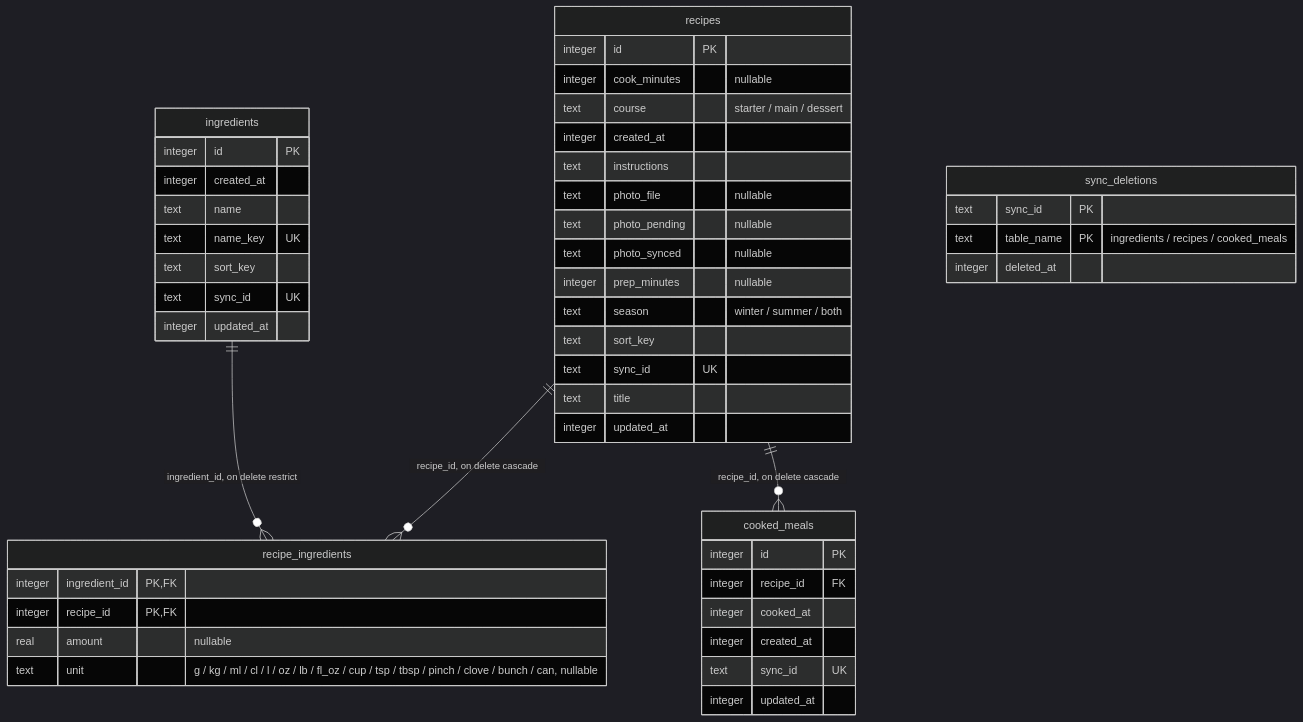
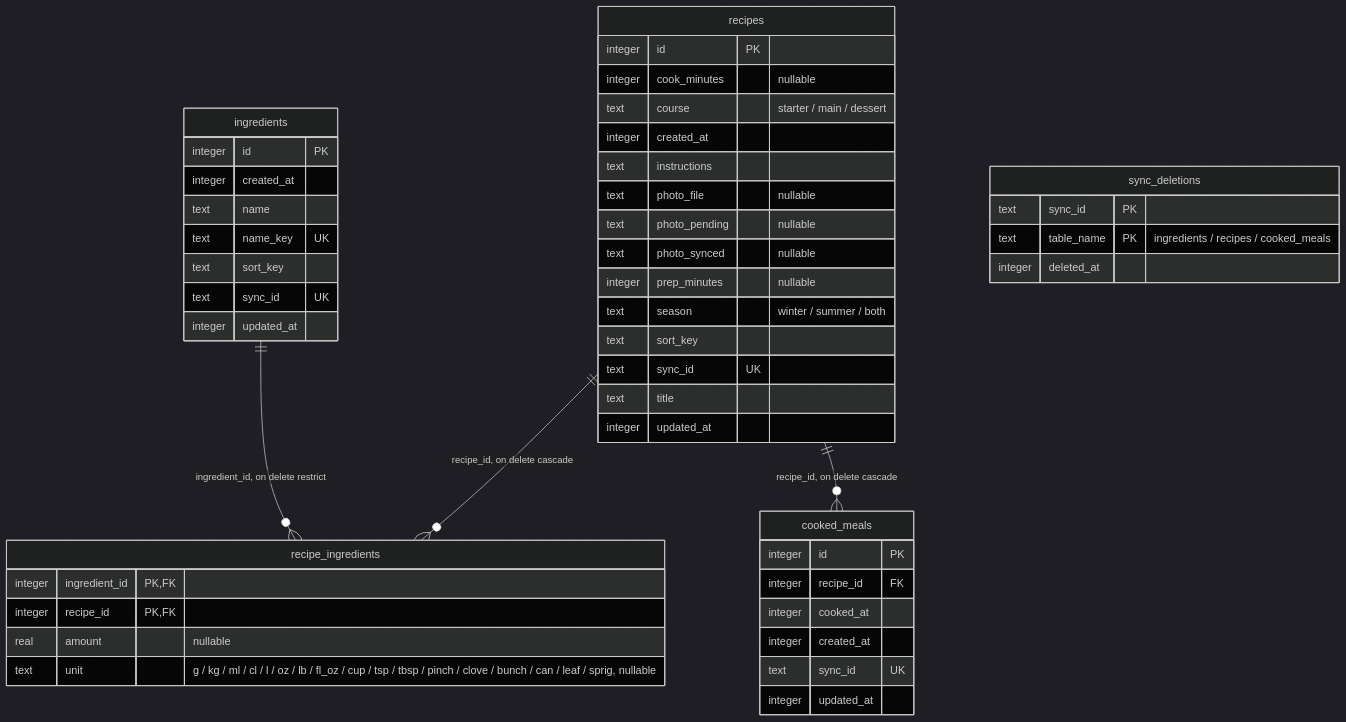
Before and after one commit to someoneinthe/dishes-cook: the diagram in docs/database.md, drawn with Mermaid (dark theme). The commit also changed other lines of this file and 7 other files, not shown here.

````diff
--- a/docs/database.md
+++ b/docs/database.md
@@ -10,50 +10,50 @@
 ```mermaid
 erDiagram
   cooked_meals {
     integer id PK
     integer recipe_id FK
     integer cooked_at
     integer created_at
     text sync_id UK
     integer updated_at
   }
   ingredients {
     integer id PK
     integer created_at
     text name
     text name_key UK
     text sort_key
     text sync_id UK
     integer updated_at
   }
   recipe_ingredients {
     integer ingredient_id PK, FK
     integer recipe_id PK, FK
     real amount "nullable"
-    text unit "g / kg / ml / cl / l / oz / lb / fl_oz / cup / tsp / tbsp / pinch / clove / bunch / can, nullable"
+    text unit "g / kg / ml / cl / l / oz / lb / fl_oz / cup / tsp / tbsp / pinch / clove / bunch / can / leaf / sprig, nullable"
   }
   recipes {
     integer id PK
     integer cook_minutes "nullable"
     text course "starter / main / dessert"
     integer created_at
     text instructions
     text photo_file "nullable"
     text photo_pending "nullable"
     text photo_synced "nullable"
     integer prep_minutes "nullable"
     text season "winter / summer / both"
     text sort_key
     text sync_id UK
     text title
     integer updated_at
   }
   sync_deletions {
     text sync_id PK
     text table_name PK "ingredients / recipes / cooked_meals"
     integer deleted_at
   }
   recipes ||--o{ cooked_meals : "recipe_id, on delete cascade"
   ingredients ||--o{ recipe_ingredients : "ingredient_id, on delete restrict"
   recipes ||--o{ recipe_ingredients : "recipe_id, on delete cascade"
 ```
````
